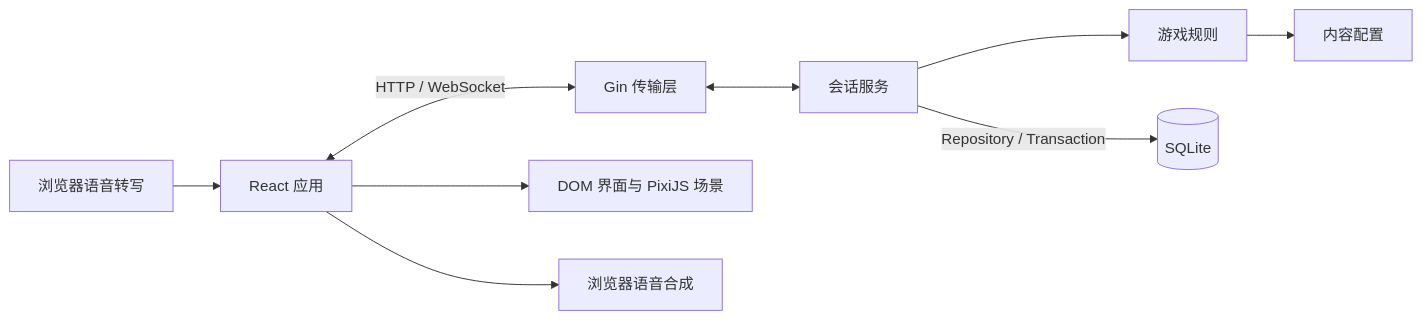
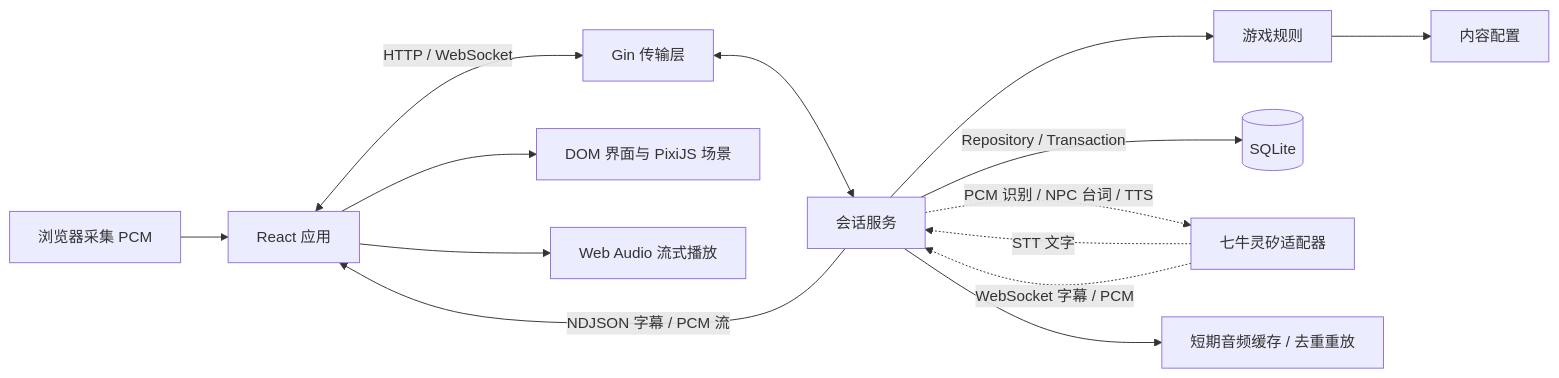
One commit to foreversmart/123killyou changed the diagram in README.md. Above: the diagram before and after it, drawn with Mermaid. The commit also changed other lines of this file and 106 other files, not shown here.

Commit message:
feat: integrate Linx cloud voice and stream game actions

````diff
--- a/README.md
+++ b/README.md
@@ -72,11 +78,16 @@
 ```mermaid
 flowchart LR
-    Speech[浏览器语音转写] --> App[React 应用]
+    Speech[浏览器采集 PCM] --> App[React 应用]
     App <-->|HTTP / WebSocket| Transport[Gin 传输层]
     Transport <--> Session[会话服务]
     Session --> Game[游戏规则]
     Game --> Content[内容配置]
     Session -->|Repository / Transaction| Database[(SQLite)]
+    Session -. PCM 识别 / NPC 台词 / TTS .-> Linx[七牛灵矽适配器]
+    Linx -. STT 文字 .-> Session
+    Linx -. WebSocket 字幕 / PCM .-> Session
     App --> View[DOM 界面与 PixiJS 场景]
-    App --> Voice[浏览器语音合成]
+    Session -->|NDJSON 字幕 / PCM 流| App
+    App --> Voice[Web Audio 流式播放]
+    Session --> Audio[短期音频缓存 / 去重重放]
 ```
````
